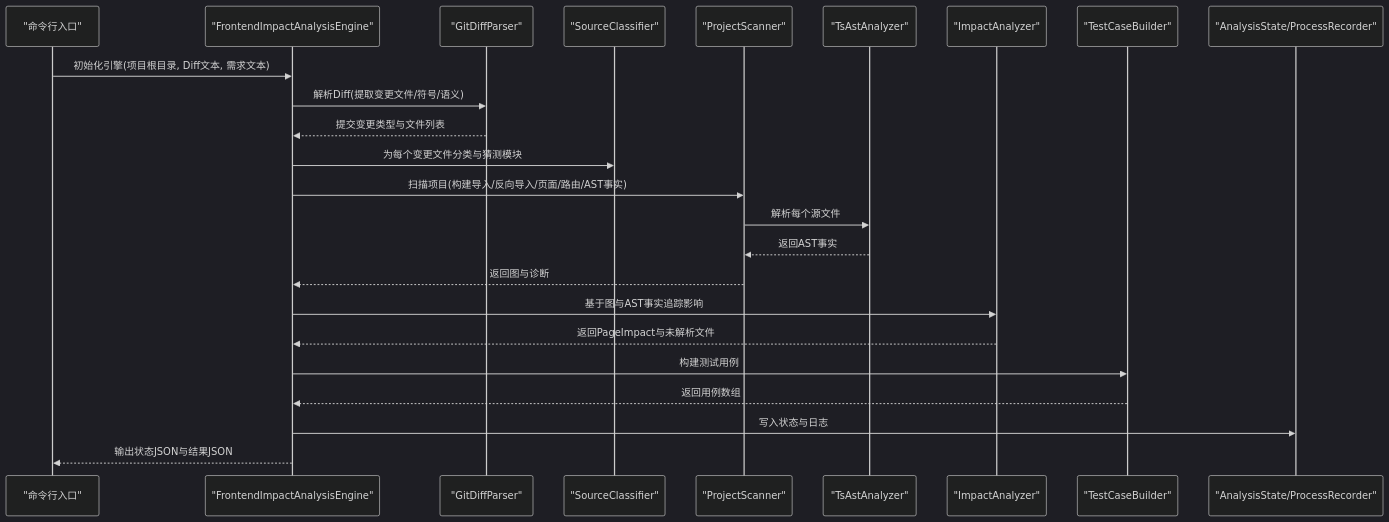
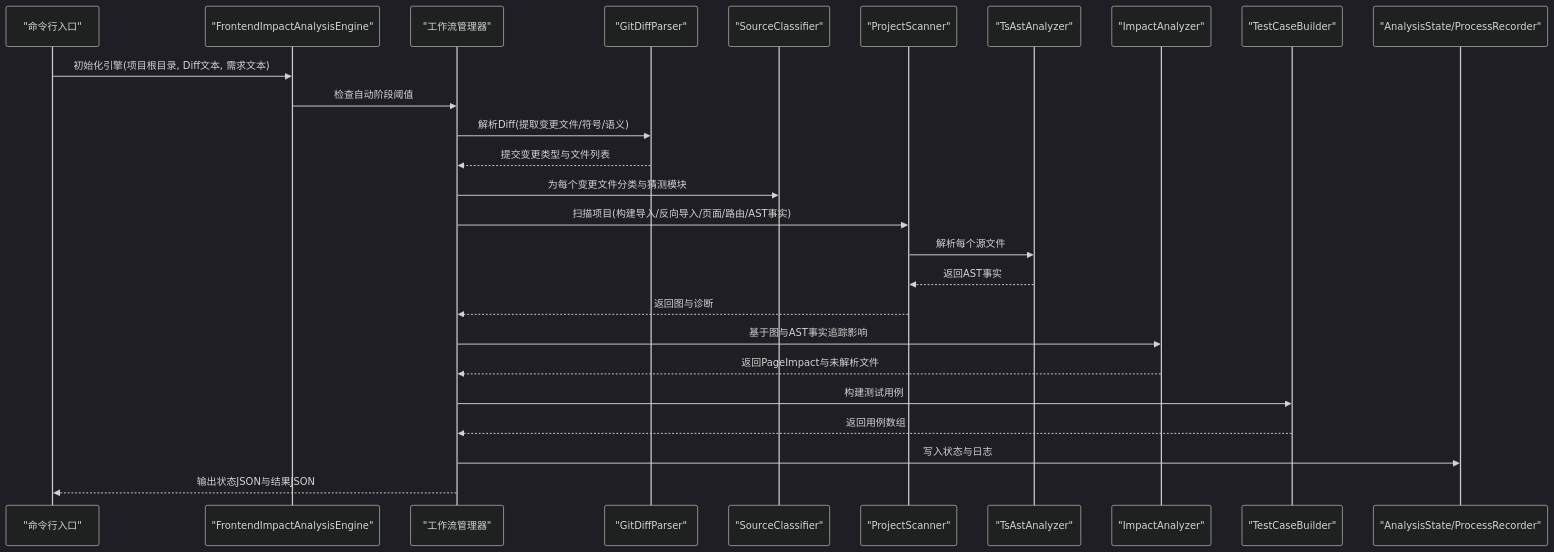
Before and after one commit to brand-new-remo/frontend-impact-analyzer: the second of 12 diagrams in .qoder/repowiki/zh/content/技术架构/技术架构.md, drawn with Mermaid (dark theme). The commit also changed other lines of this file and 9 other files, not shown here.

````diff
--- a/.qoder/repowiki/zh/content/技术架构/技术架构.md
+++ b/.qoder/repowiki/zh/content/技术架构/技术架构.md
@@ -99,26 +135,28 @@
 ```mermaid
 sequenceDiagram
 participant CLI as "命令行入口"
 participant Engine as "FrontendImpactAnalysisEngine"
+participant Workflow as "工作流管理器"
 participant Diff as "GitDiffParser"
 participant Class as "SourceClassifier"
 participant Scan as "ProjectScanner"
 participant AST as "TsAstAnalyzer"
 participant Analyzer as "ImpactAnalyzer"
 participant Cases as "TestCaseBuilder"
 participant State as "AnalysisState/ProcessRecorder"
 CLI->>Engine : 初始化引擎(项目根目录, Diff文本, 需求文本)
-Engine->>Diff : 解析Diff(提取变更文件/符号/语义)
-Diff-->>Engine : 提交变更类型与文件列表
-Engine->>Class : 为每个变更文件分类与猜测模块
-Engine->>Scan : 扫描项目(构建导入/反向导入/页面/路由/AST事实)
+Engine->>Workflow : 检查自动阶段阈值
+Workflow->>Diff : 解析Diff(提取变更文件/符号/语义)
+Diff-->>Workflow : 提交变更类型与文件列表
+Workflow->>Class : 为每个变更文件分类与猜测模块
+Workflow->>Scan : 扫描项目(构建导入/反向导入/页面/路由/AST事实)
 Scan->>AST : 解析每个源文件
 AST-->>Scan : 返回AST事实
-Scan-->>Engine : 返回图与诊断
-Engine->>Analyzer : 基于图与AST事实追踪影响
-Analyzer-->>Engine : 返回PageImpact与未解析文件
-Engine->>Cases : 构建测试用例
-Cases-->>Engine : 返回用例数组
-Engine->>State : 写入状态与日志
-Engine-->>CLI : 输出状态JSON与结果JSON
+Scan-->>Workflow : 返回图与诊断
+Workflow->>Analyzer : 基于图与AST事实追踪影响
+Analyzer-->>Workflow : 返回PageImpact与未解析文件
+Workflow->>Cases : 构建测试用例
+Cases-->>Workflow : 返回用例数组
+Workflow->>State : 写入状态与日志
+Workflow-->>CLI : 输出状态JSON与结果JSON
 ```
````
